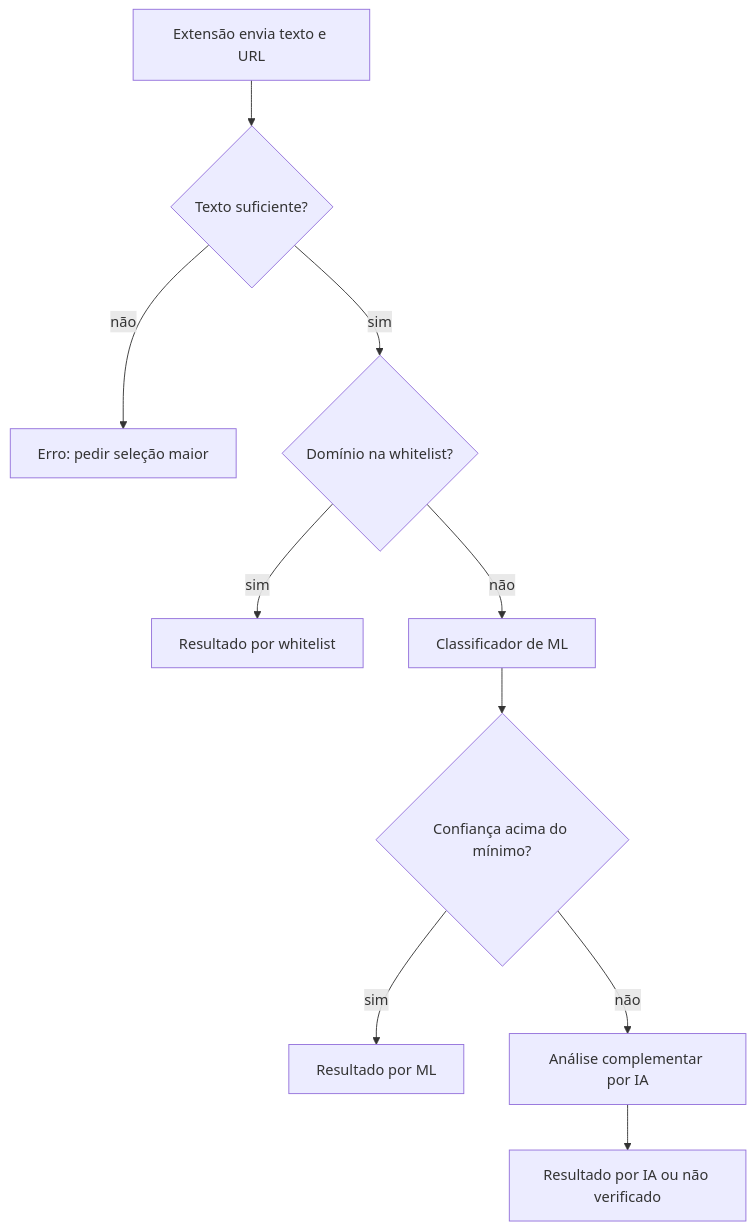
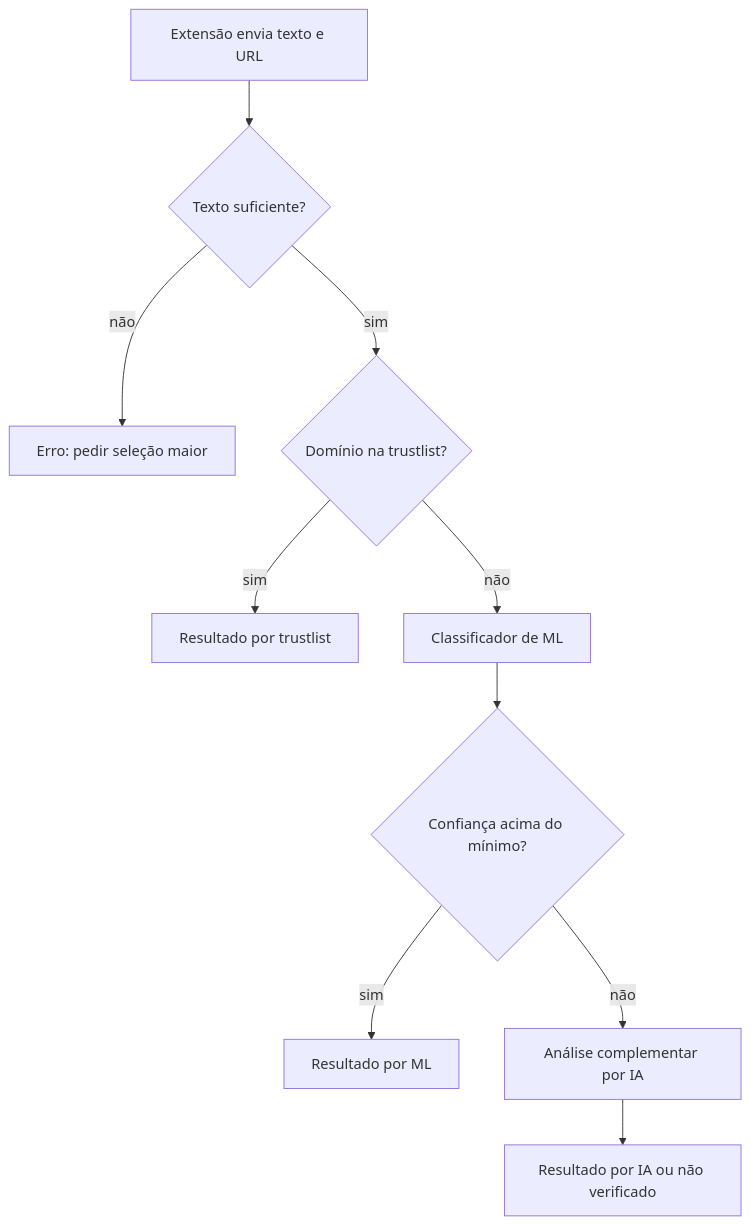
Before and after one commit to Withy-S/Fake_News_Residencia: the diagram in README.md, drawn with Mermaid.

Commit message:
substitui a nomenclatura de white list para trust list

````diff
--- a/README.md
+++ b/README.md
@@ -32,12 +32,12 @@
 ```mermaid
 flowchart TD
     A[Extensão envia texto e URL] --> B{Texto suficiente?}
     B -- não --> E1[Erro: pedir seleção maior]
-    B -- sim --> C{Domínio na whitelist?}
-    C -- sim --> R1[Resultado por whitelist]
+    B -- sim --> C{Domínio na trustlist?}
+    C -- sim --> R1[Resultado por  trustlist]
     C -- não --> D[Classificador de ML]
     D --> F{Confiança acima do mínimo?}
     F -- sim --> R2[Resultado por ML]
     F -- não --> G[Análise complementar por IA]
     G --> R3[Resultado por IA ou não verificado]
 ```
````
